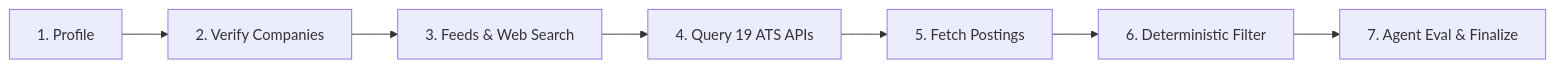
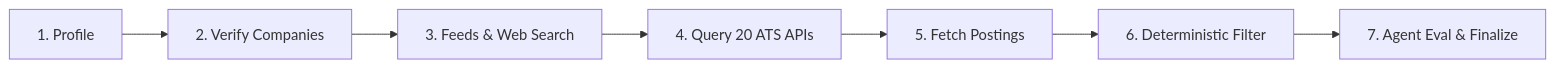
The diagram in README.md (ERamaM/ULTRON), drawn with Mermaid before and after one commit. The commit also changed other lines of this file and 3 other files, not shown here.

````diff
--- a/README.md
+++ b/README.md
@@ -132,9 +132,9 @@
 ```mermaid
 flowchart LR
     P["1. Profile"] --> S["2. Verify Companies"]
     S --> D["3. Feeds & Web Search"]
-    D --> A["4. Query 19 ATS APIs"]
+    D --> A["4. Query 20 ATS APIs"]
     A --> F["5. Fetch Postings"]
     F --> H["6. Deterministic Filter"]
     H --> E["7. Agent Eval & Finalize"]
 ```
````
